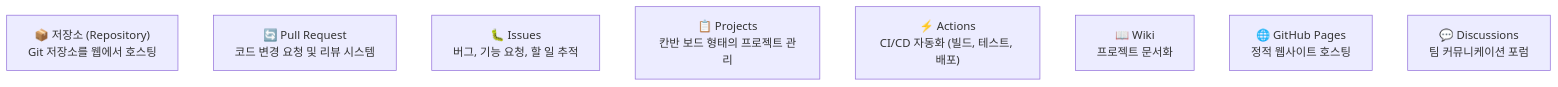
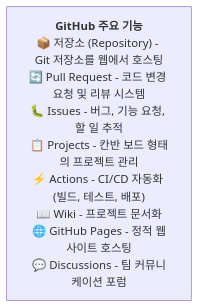
The first of 2 diagrams in 06_GitHub/01_What_is_GitHub.md (jingu279/Document), drawn with Mermaid before and after one commit. The commit also changed other lines of this file and 16 other files, not shown here.

Commit message:
Fix all Mermaid rendering issues (subgraph-to-subgraph, unconnected nodes, reserved names, dashes)

````diff
--- a/06_GitHub/01_What_is_GitHub.md
+++ b/06_GitHub/01_What_is_GitHub.md
@@ -13,11 +13,4 @@
 ```mermaid
 flowchart TB
-  Repo["📦 저장소 (Repository)<br/>Git 저장소를 웹에서 호스팅"]
-  PR["🔄 Pull Request<br/>코드 변경 요청 및 리뷰 시스템"]
-  Issues["🐛 Issues<br/>버그, 기능 요청, 할 일 추적"]
-  Projects["📋 Projects<br/>칸반 보드 형태의 프로젝트 관리"]
-  Actions["⚡ Actions<br/>CI/CD 자동화 (빌드, 테스트, 배포)"]
-  Wiki["📖 Wiki<br/>프로젝트 문서화"]
-  Pages["🌐 GitHub Pages<br/>정적 웹사이트 호스팅"]
-  Discussions["💬 Discussions<br/>팀 커뮤니케이션 포럼"]
+  Features["<b>GitHub 주요 기능</b><br/>📦 저장소 (Repository) - Git 저장소를 웹에서 호스팅<br/>🔄 Pull Request - 코드 변경 요청 및 리뷰 시스템<br/>🐛 Issues - 버그, 기능 요청, 할 일 추적<br/>📋 Projects - 칸반 보드 형태의 프로젝트 관리<br/>⚡ Actions - CI/CD 자동화 (빌드, 테스트, 배포)<br/>📖 Wiki - 프로젝트 문서화<br/>🌐 GitHub Pages - 정적 웹사이트 호스팅<br/>💬 Discussions - 팀 커뮤니케이션 포럼"]
 ```
````
